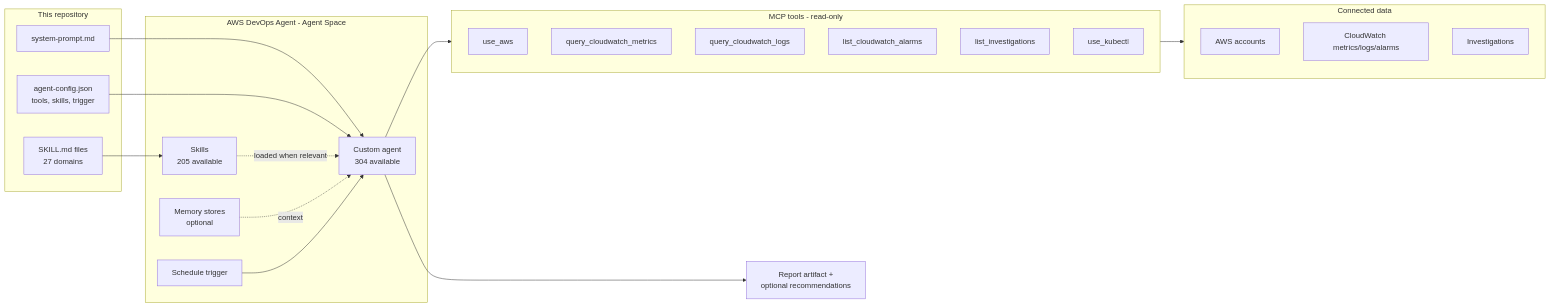
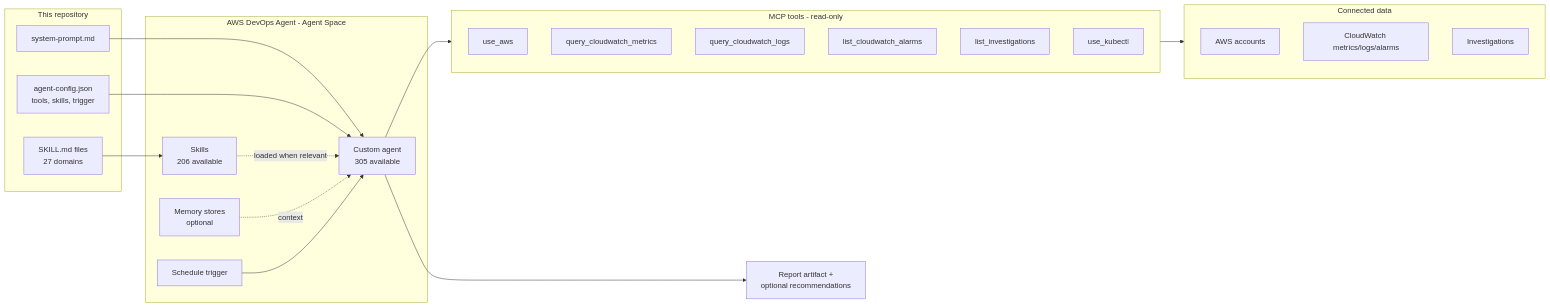
Before and after one commit to Misterb91123/aws-sample-ai-agents: the first of 4 diagrams in README.md, drawn with Mermaid. The commit also changed other lines of this file and 6 other files, not shown here.

````diff
--- a/README.md
+++ b/README.md
@@ -28,42 +28,42 @@
 ```mermaid
 flowchart LR
     subgraph Repo["This repository"]
         SP[system-prompt.md]
         CFG[agent-config.json<br/>tools, skills, trigger]
         SK[SKILL.md files<br/>27 domains]
     end
 
     subgraph Space["AWS DevOps Agent - Agent Space"]
-        AG[Custom agent<br/>304 available]
-        SKA[Skills<br/>205 available]
+        AG[Custom agent<br/>305 available]
+        SKA[Skills<br/>206 available]
         MEM[Memory stores<br/>optional]
         TRG[Schedule trigger]
     end
 
     subgraph Tools["MCP tools - read-only"]
         T1[use_aws]
         T2[query_cloudwatch_metrics]
         T3[query_cloudwatch_logs]
         T4[list_cloudwatch_alarms]
         T5[list_investigations]
         T6[use_kubectl]
     end
 
     subgraph Sources["Connected data"]
         AWS[AWS accounts]
         CW[CloudWatch metrics/logs/alarms]
         INV[Investigations]
     end
 
     OUT[Report artifact +<br/>optional recommendations]
 
     SP --> AG
     CFG --> AG
     SK --> SKA
     SKA -.loaded when relevant.-> AG
     MEM -.context.-> AG
     TRG --> AG
     AG --> Tools
     Tools --> Sources
     AG --> OUT
 ```
````
